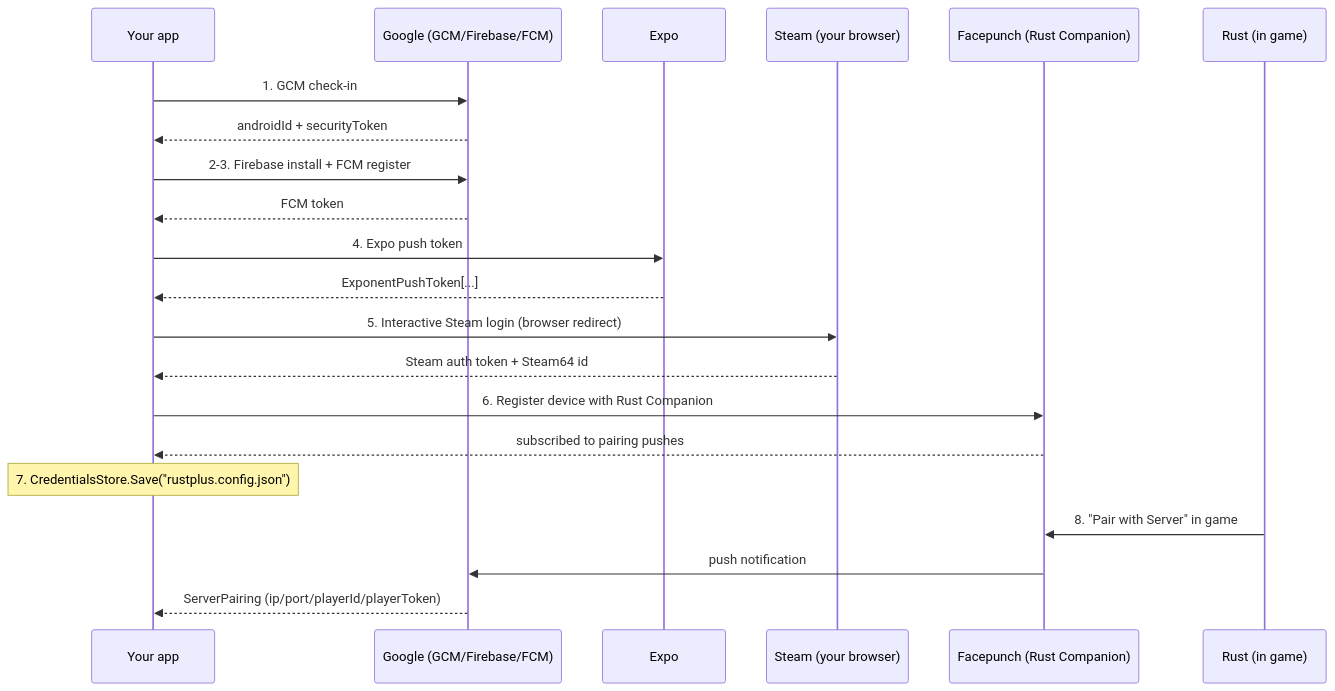
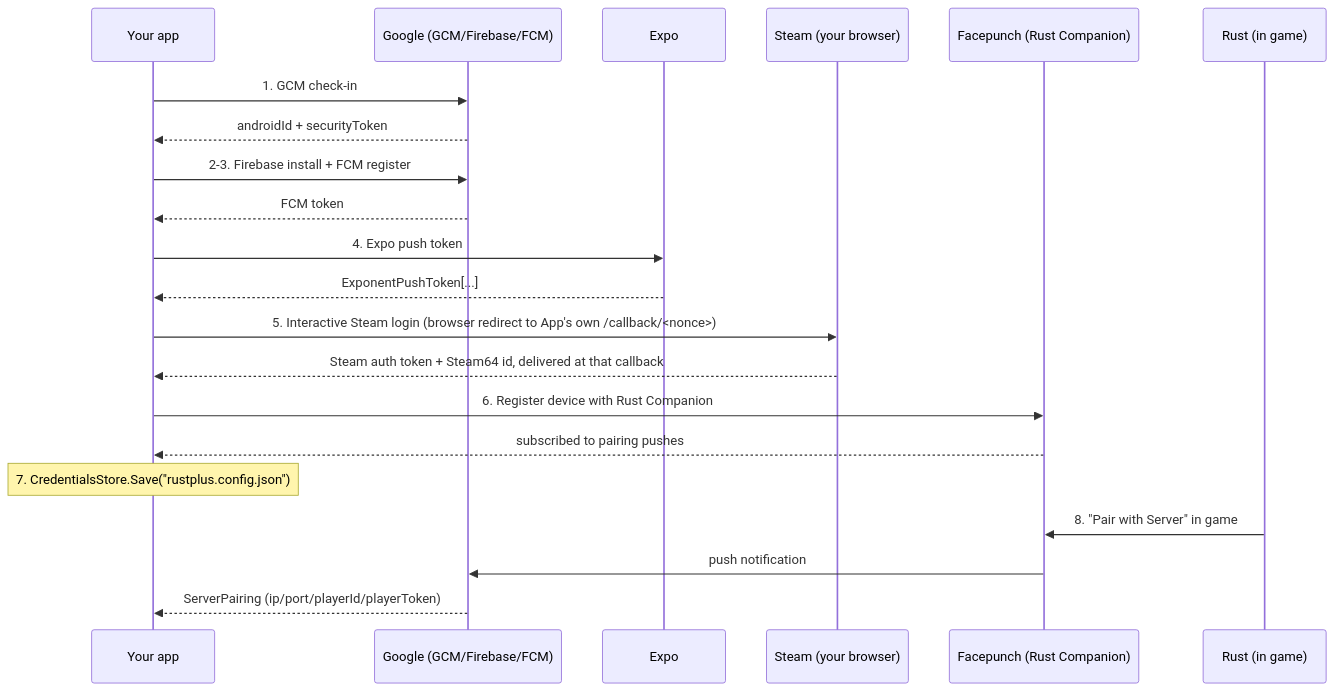
Before and after one commit to HandyS11/RustPlusApi: the diagram in docs/articles/credentials.md, drawn with Mermaid. The commit also changed other lines of this file and 6 other files, not shown here.

````diff
--- a/docs/articles/credentials.md
+++ b/docs/articles/credentials.md
@@ -15,24 +38,24 @@
 ```mermaid
 sequenceDiagram
     participant App as Your app
     participant G as Google (GCM/Firebase/FCM)
     participant E as Expo
     participant St as Steam (your browser)
     participant FP as Facepunch (Rust Companion)
     participant Game as Rust (in game)
 
     App->>G: 1. GCM check-in
     G-->>App: androidId + securityToken
     App->>G: 2-3. Firebase install + FCM register
     G-->>App: FCM token
     App->>E: 4. Expo push token
     E-->>App: ExponentPushToken[...]
-    App->>St: 5. Interactive Steam login (browser redirect)
-    St-->>App: Steam auth token + Steam64 id
+    App->>St: 5. Interactive Steam login (browser redirect to App's own /callback/<nonce>)
+    St-->>App: Steam auth token + Steam64 id, delivered at that callback
     App->>FP: 6. Register device with Rust Companion
     FP-->>App: subscribed to pairing pushes
     Note over App: 7. CredentialsStore.Save("rustplus.config.json")
     Game->>FP: 8. "Pair with Server" in game
     FP->>G: push notification
     G-->>App: ServerPairing (ip/port/playerId/playerToken)
 ```
````
